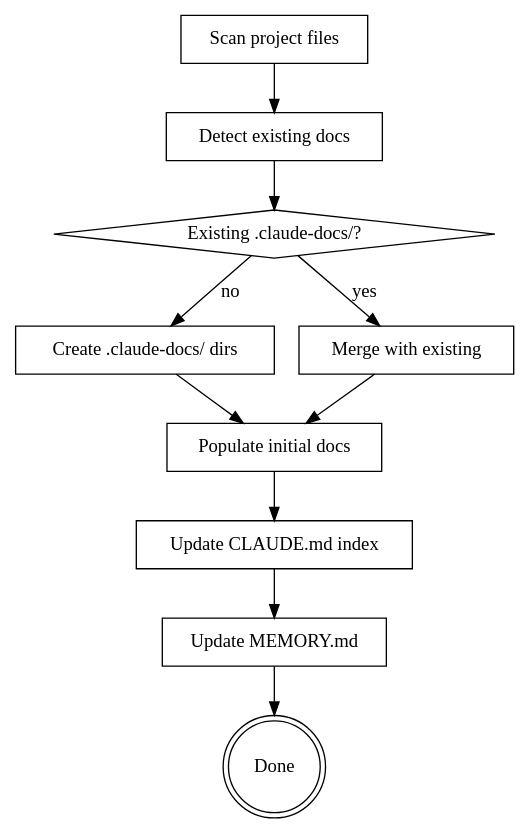
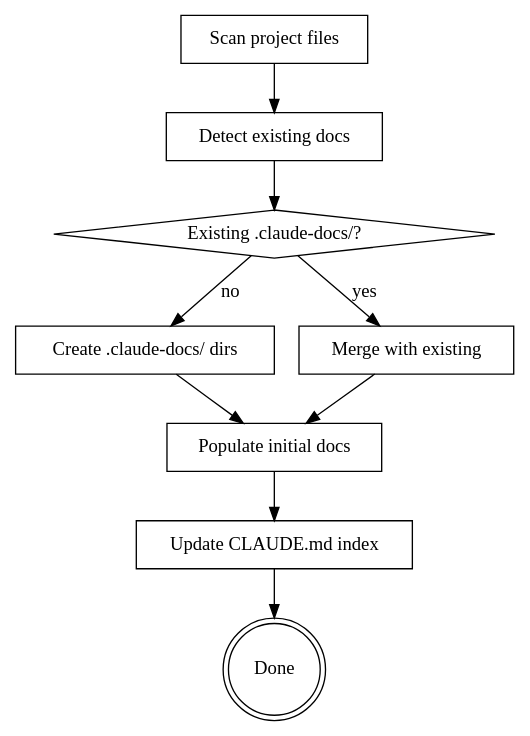
The diagram in skills/bootstrap/SKILL.md (g-brodiei/project-memory), drawn with Graphviz before and after one commit. The commit also changed other lines of this file and 4 other files, not shown here.

````diff
--- a/skills/bootstrap/SKILL.md
+++ b/skills/bootstrap/SKILL.md
@@ -29,23 +28,21 @@
 ```dot
 digraph bootstrap {
     "Scan project files" [shape=box];
     "Detect existing docs" [shape=box];
     "Existing .claude-docs/?" [shape=diamond];
     "Create .claude-docs/ dirs" [shape=box];
     "Merge with existing" [shape=box];
     "Populate initial docs" [shape=box];
     "Update CLAUDE.md index" [shape=box];
-    "Update MEMORY.md" [shape=box];
     "Done" [shape=doublecircle];
 
     "Scan project files" -> "Detect existing docs";
     "Detect existing docs" -> "Existing .claude-docs/?";
     "Existing .claude-docs/?" -> "Merge with existing" [label="yes"];
     "Existing .claude-docs/?" -> "Create .claude-docs/ dirs" [label="no"];
     "Merge with existing" -> "Populate initial docs";
     "Create .claude-docs/ dirs" -> "Populate initial docs";
     "Populate initial docs" -> "Update CLAUDE.md index";
-    "Update CLAUDE.md index" -> "Update MEMORY.md";
-    "Update MEMORY.md" -> "Done";
+    "Update CLAUDE.md index" -> "Done";
 }
 ```
````
